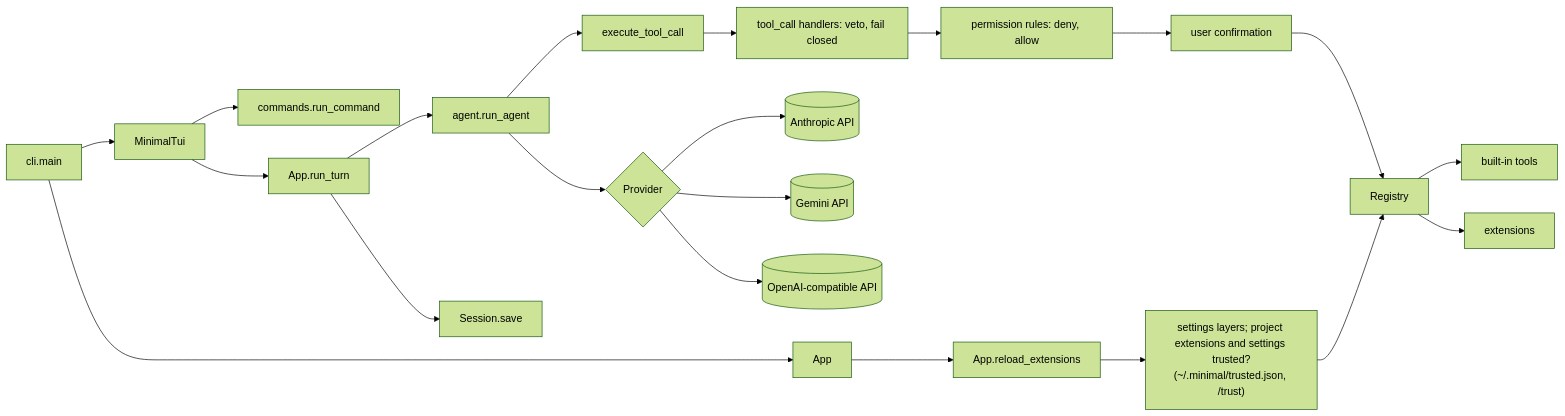
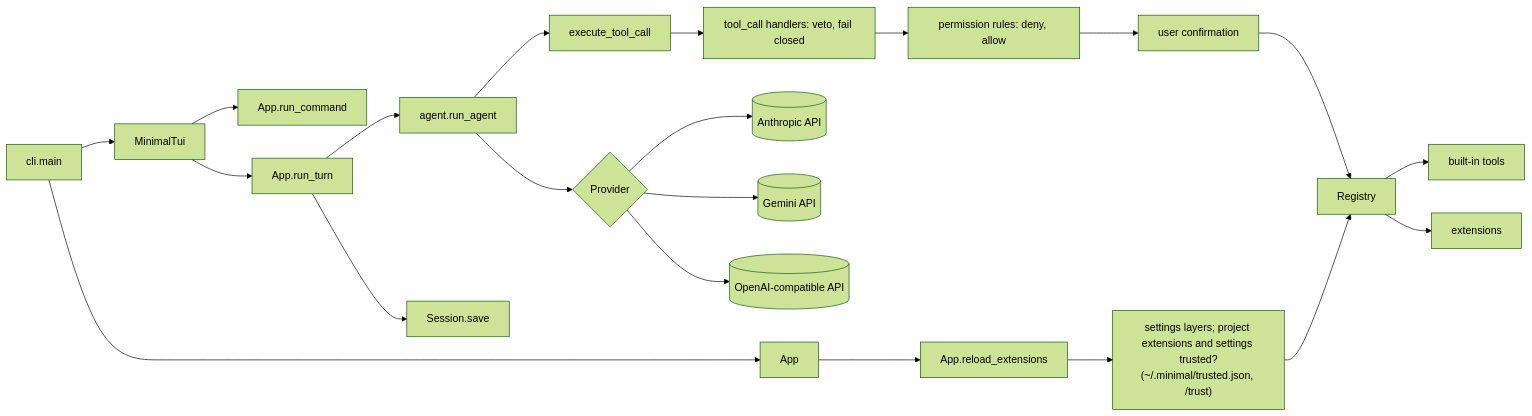
Before and after one commit to RafaSG13/Minimal: the diagram in README.md, drawn with Mermaid (forest theme). The commit also changed other lines of this file, not shown here.

Commit message:
README: PyPI/CI/license badges, current extension API, retry, run_command, before_request/provider_error, mypy and coverage (#60)

````diff
--- a/README.md
+++ b/README.md
@@ -233,16 +237,16 @@
 ```mermaid
 flowchart LR
   cli[cli.main] --> app[App]
-  cli --> tui[MinimalTui] --> commands[commands.run_command]
+  cli --> tui[MinimalTui] --> commands[App.run_command]
   tui --> turn[App.run_turn]
   turn --> agent[agent.run_agent]
   agent --> provider{Provider}
   provider --> anthropic[(Anthropic API)]
   provider --> gemini[(Gemini API)]
   provider --> openai[(OpenAI-compatible API)]
   agent --> exec[execute_tool_call] --> guard["tool_call handlers: veto, fail closed"] --> perms["permission rules: deny, allow"] --> confirm[user confirmation] --> registry[Registry]
   registry --> tools[built-in tools]
   registry --> ext[extensions]
   app --> reload[App.reload_extensions] --> trust["settings layers; project extensions and settings trusted?<br/>(~/.minimal/trusted.json, /trust)"] --> registry
   turn --> session[Session.save]
 ```
````
